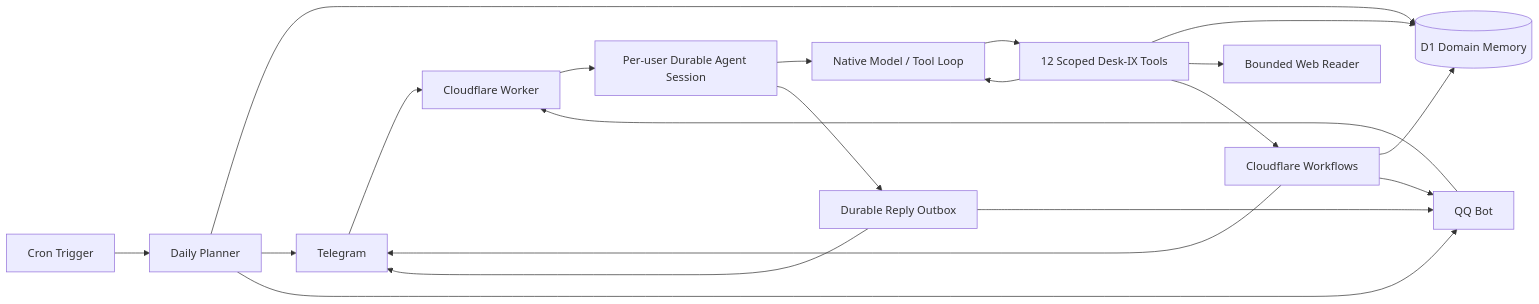
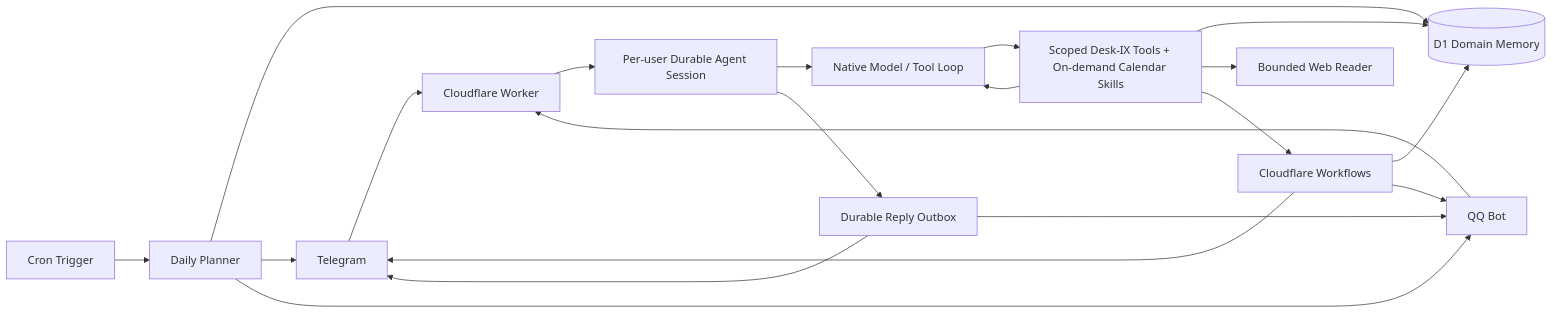
The diagram in README.md (kinamind/Desk-IX), drawn with Mermaid before and after one commit. The commit also changed other lines of this file and 32 other files, not shown here.

Commit message:
feat: add internal calendar skills

````diff
--- a/README.md
+++ b/README.md
@@ -41,22 +43,22 @@
 ```mermaid
 flowchart LR
   TG["Telegram"] --> WH["Cloudflare Worker"]
   QQ["QQ Bot"] --> WH
   WH --> DO["Per-user Durable Agent Session"]
   DO --> AI["Native Model / Tool Loop"]
-  AI --> TOOLS["12 Scoped Desk-IX Tools"]
+  AI --> TOOLS["Scoped Desk-IX Tools + On-demand Calendar Skills"]
   TOOLS --> AI
   TOOLS --> D1[("D1 Domain Memory")]
   TOOLS --> WEB["Bounded Web Reader"]
   TOOLS --> WF["Cloudflare Workflows"]
   DO --> OUT["Durable Reply Outbox"]
   OUT --> TG
   OUT --> QQ
   WF --> D1
   WF --> TG
   WF --> QQ
   CR["Cron Trigger"] --> PLAN["Daily Planner"]
   PLAN --> D1
   PLAN --> TG
   PLAN --> QQ
 ```
````
